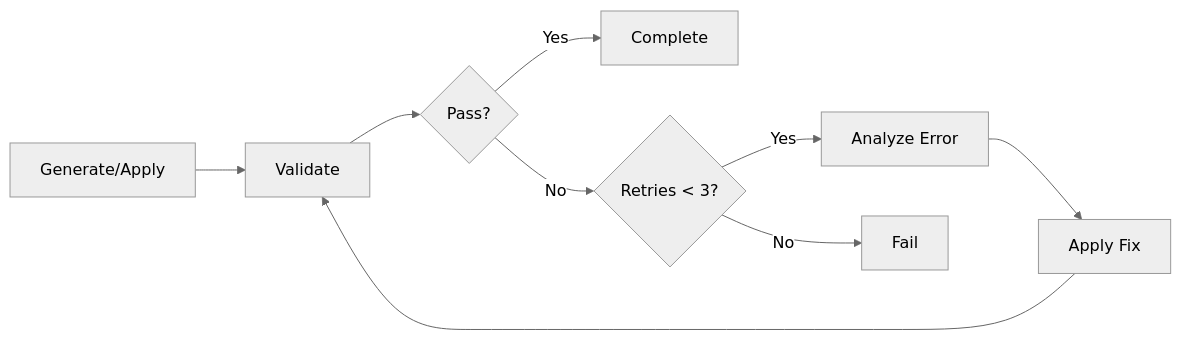
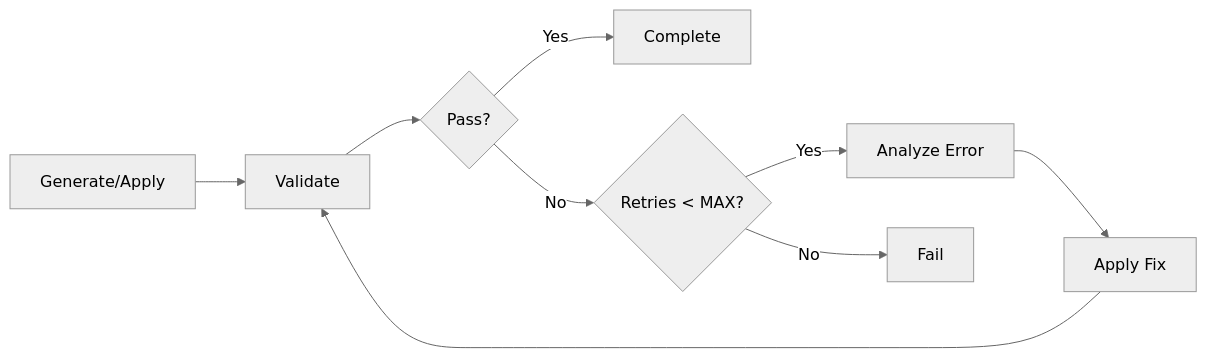
One commit to axtion-io/TestBoost changed the fifth of 6 diagrams in docs/workflow-diagrams.md. Above: the diagram before and after it, drawn with Mermaid (neutral theme). The commit also changed other lines of this file and 25 other files, not shown here.

````diff
--- a/docs/workflow-diagrams.md
+++ b/docs/workflow-diagrams.md
@@ -188,11 +205,11 @@
 ```mermaid
 flowchart LR
     A[Generate/Apply] --> B[Validate]
     B --> C{Pass?}
     C -->|Yes| D[Complete]
-    C -->|No| E{Retries < 3?}
+    C -->|No| E{Retries < MAX?}
     E -->|Yes| F[Analyze Error]
     F --> G[Apply Fix]
     G --> B
     E -->|No| H[Fail]
 ```
````
